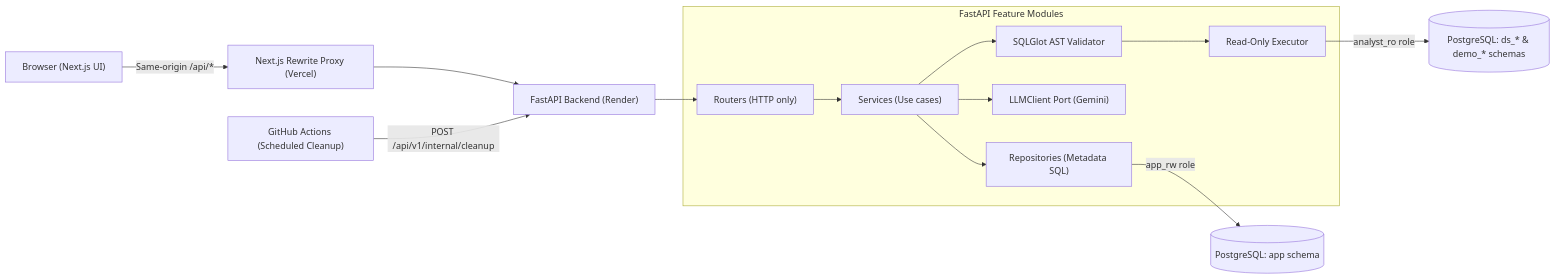
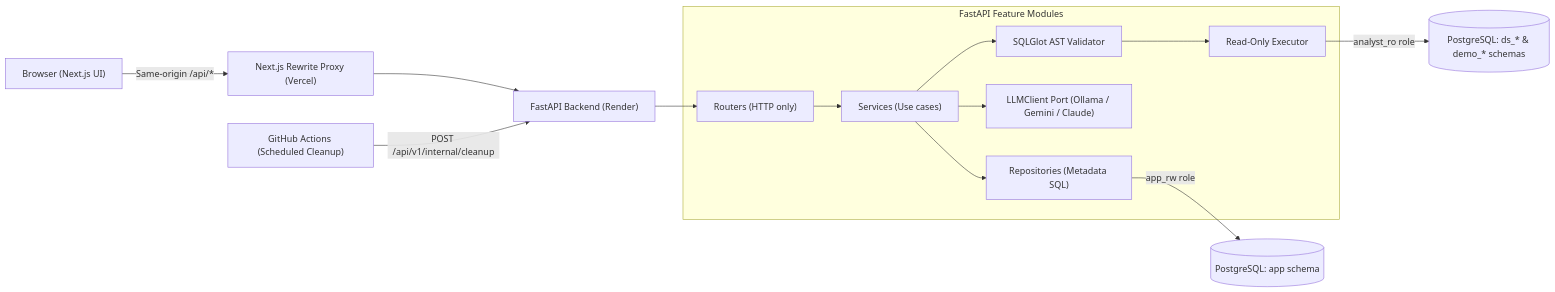
Before and after one commit to niyiment/ai-data-analyst: the diagram in README.md, drawn with Mermaid. The commit also changed other lines of this file and 1 other file, not shown here.

First line of the commit message:
docs: update README and roadmap to reflect Weeks 0-4 progress

````diff
--- a/README.md
+++ b/README.md
@@ -24,18 +24,18 @@
 ```mermaid
 flowchart LR
     Browser["Browser (Next.js UI)"] -->|Same-origin /api/*| Proxy["Next.js Rewrite Proxy (Vercel)"]
     Proxy --> API["FastAPI Backend (Render)"]
 
     subgraph API_Layers["FastAPI Feature Modules"]
         Router["Routers (HTTP only)"] --> Service["Services (Use cases)"]
         Service --> Repo["Repositories (Metadata SQL)"]
-        Service --> LLM["LLMClient Port (Gemini)"]
+        Service --> LLM["LLMClient Port (Ollama / Gemini / Claude)"]
         Service --> Validator["SQLGlot AST Validator"]
         Validator --> Executor["Read-Only Executor"]
     end
 
     API --> Router
     Repo -->|app_rw role| PG_App[("PostgreSQL: app schema")]
     Executor -->|analyst_ro role| PG_DS[("PostgreSQL: ds_* & demo_* schemas")]
     GHA["GitHub Actions (Scheduled Cleanup)"] -->|POST /api/v1/internal/cleanup| API
 ```
````
